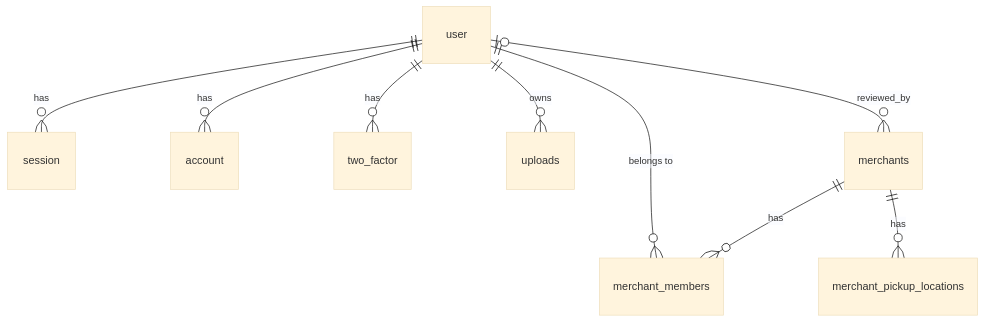
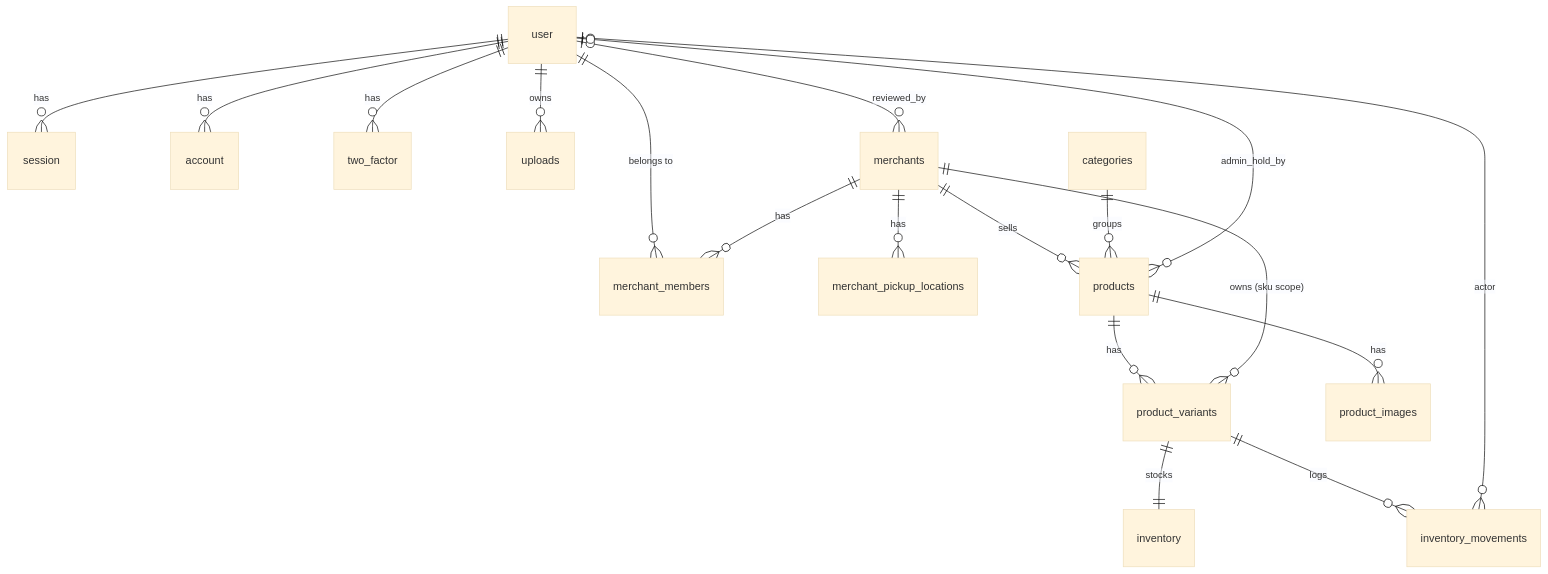
Before and after one commit to harshrraj4937/mvmp: the diagram in docs/database-design.md, drawn with Mermaid (base theme). The commit also changed other lines of this file and 8 other files, not shown here.

````diff
--- a/docs/database-design.md
+++ b/docs/database-design.md
@@ -27,11 +29,20 @@
 ```mermaid
 erDiagram
     user ||--o{ session : has
     user ||--o{ account : has
     user ||--o{ two_factor : has
     user ||--o{ uploads : owns
     user ||--o{ merchant_members : "belongs to"
     merchants ||--o{ merchant_members : has
     merchants ||--o{ merchant_pickup_locations : has
     user |o--o{ merchants : "reviewed_by"
+    merchants ||--o{ products : sells
+    categories ||--o{ products : groups
+    products ||--o{ product_variants : has
+    merchants ||--o{ product_variants : "owns (sku scope)"
+    products ||--o{ product_images : has
+    product_variants ||--|| inventory : stocks
+    product_variants ||--o{ inventory_movements : logs
+    user |o--o{ inventory_movements : "actor"
+    user |o--o{ products : "admin_hold_by"
 ```
````
